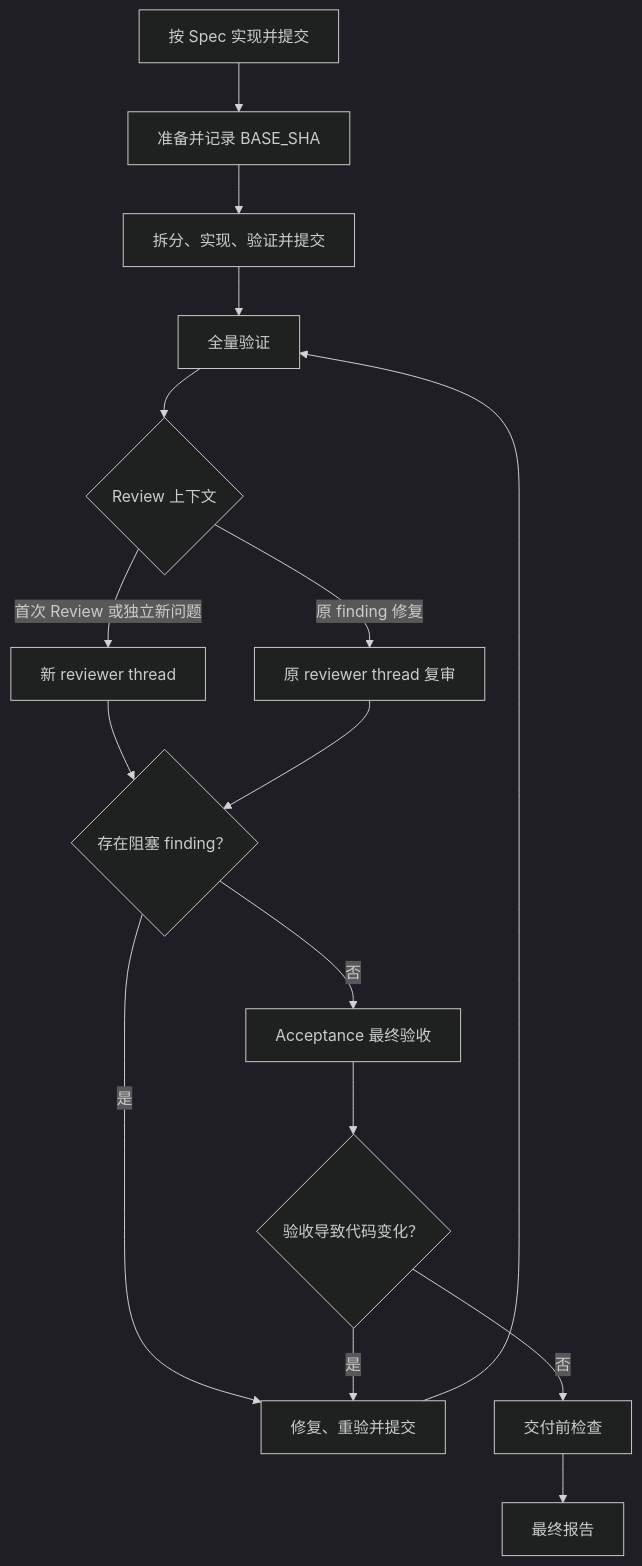
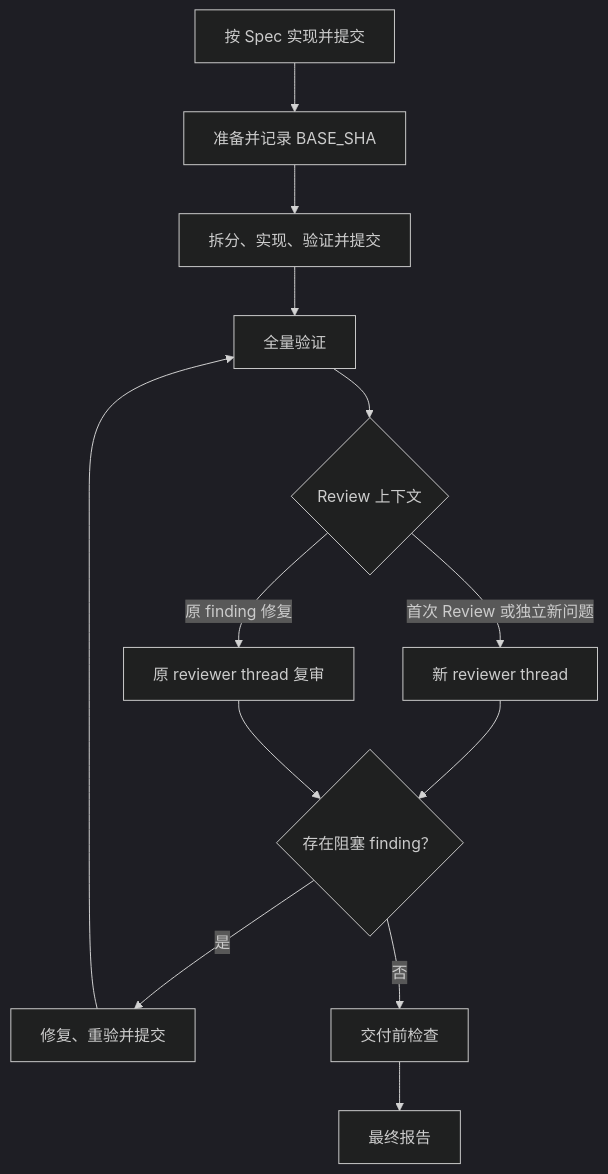
Before and after one commit to hanjeahwan/chatgpt-pro: the diagram in WORKFLOW.md, drawn with Mermaid (dark theme). The commit also changed other lines of this file, not shown here.

Commit message:
📝 (workflow) simplify review flow by removing acceptance step

````diff
--- a/WORKFLOW.md
+++ b/WORKFLOW.md
@@ -5,18 +5,15 @@
 ```mermaid
 flowchart TD
     A["按 Spec 实现并提交"] --> B["准备并记录 BASE_SHA"]
     B --> C["拆分、实现、验证并提交"]
     C --> D["全量验证"]
     D --> E{"Review 上下文"}
     E -- "首次 Review 或独立新问题" --> F["新 reviewer thread"]
     E -- "原 finding 修复" --> G["原 reviewer thread 复审"]
     F --> H{"存在阻塞 finding？"}
     G --> H
     H -- "是" --> I["修复、重验并提交"]
     I --> D
-    H -- "否" --> J["Acceptance 最终验收"]
-    J --> K{"验收导致代码变化？"}
-    K -- "是" --> I
-    K -- "否" --> L["交付前检查"]
-    L --> M["最终报告"]
+    H -- "否" --> J["交付前检查"]
+    J --> K["最终报告"]
 ```
````
